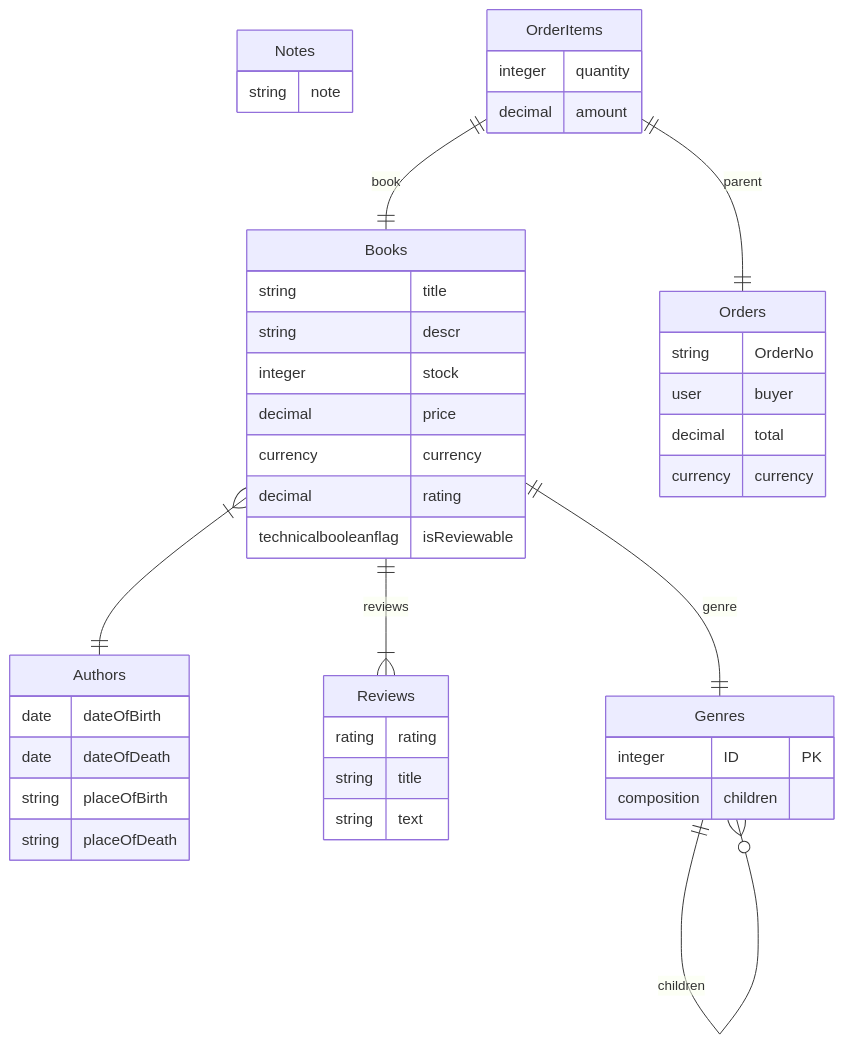
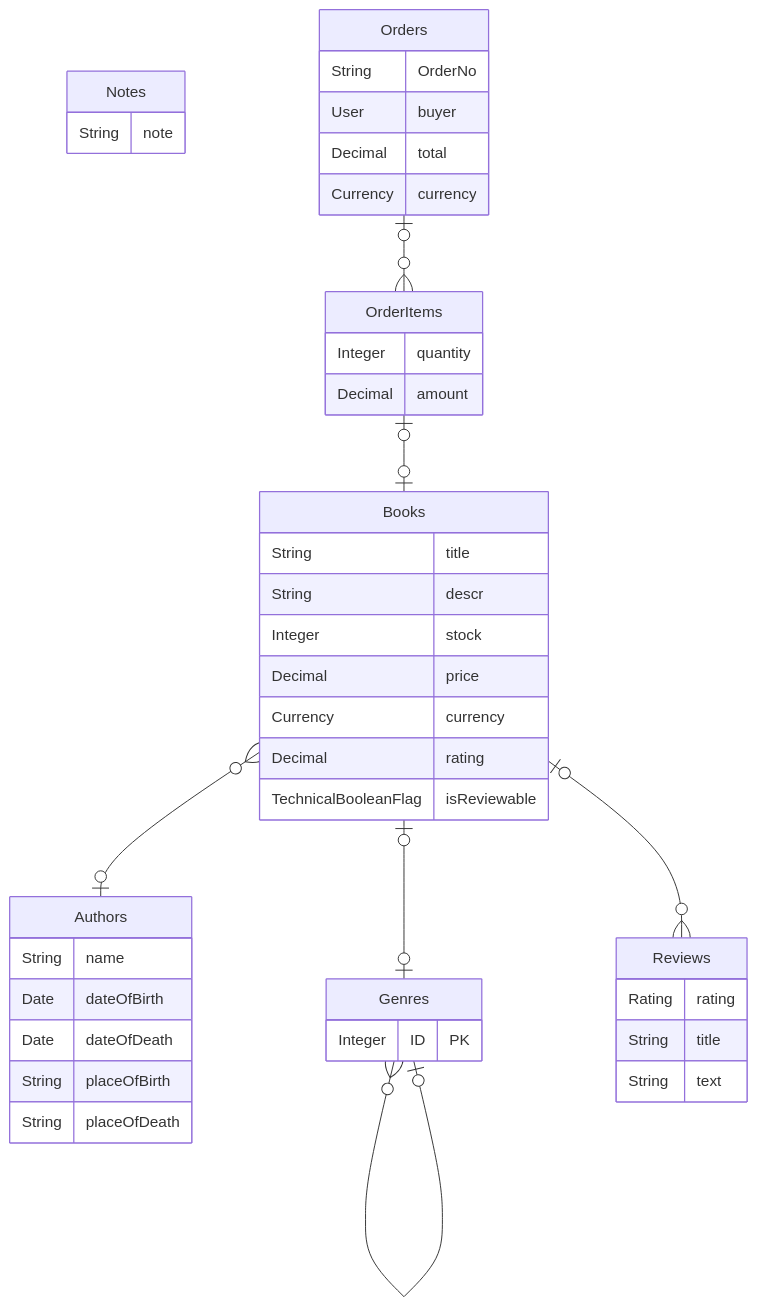
Before and after one commit to rabestro/sap-cds-erd: the diagram in bookstore.mermaid, drawn with Mermaid. The commit also changed 1 other file, not shown here.

Commit message:
improve cds2erd.awk

```diff
--- a/bookstore.mermaid
+++ b/bookstore.mermaid
@@ -1,51 +1,51 @@
 erDiagram
-    %% db/books.cds
     Books {
-        string title
-        string descr
-        integer stock
-        decimal price
-        currency currency
-        decimal rating
-        technicalbooleanflag isReviewable
+        String title 
+        String descr 
+        Integer stock 
+        Decimal price 
+        Currency currency 
+        Decimal rating 
+        TechnicalBooleanFlag isReviewable 
     }
-    Books }|--|| Authors : ""
-    Books ||--|{ Reviews : reviews
-    Books ||--|| Genres : genre
+
     Authors {
-        date dateOfBirth
-        date dateOfDeath
-        string placeOfBirth
-        string placeOfDeath
+        String name 
+        Date dateOfBirth 
+        Date dateOfDeath 
+        String placeOfBirth 
+        String placeOfDeath 
     }
+
     Genres {
-        integer ID PK
-        composition children
+        Integer ID PK
     }
-    Genres ||--|| Genres : parent
-    Genres ||--o{ Genres : children
-    %% db/common.cds
-    %% db/index.cds
-    %% db/notes.cds
+
     Notes {
-        string note
+        String note 
     }
-    %% db/orders.cds
+
     Orders {
-        string OrderNo
-        user buyer
-        decimal total
-        currency currency
+        String OrderNo 
+        User buyer 
+        Decimal total 
+        Currency currency 
     }
+
     OrderItems {
-        integer quantity
-        decimal amount
+        Integer quantity 
+        Decimal amount 
     }
-    OrderItems ||--|| Books : book
-    OrderItems ||--|| Orders : parent
-    %% db/reviews.cds
+
     Reviews {
-        rating rating
-        string title
-        string text
+        Rating rating 
+        String title 
+        String text 
     }
+
+    Orders |o--o{ OrderItems :""
+    OrderItems |o--o| Books :""
+    Genres }o--o| Genres :""
+    Books |o--o{ Reviews :""
+    Books |o--o| Genres :""
+    Books }o--o| Authors :""
```
